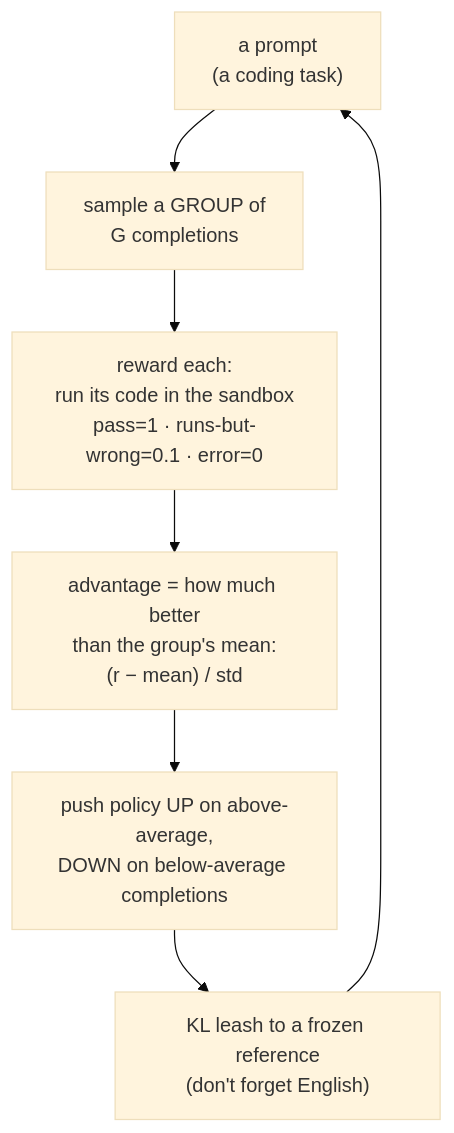
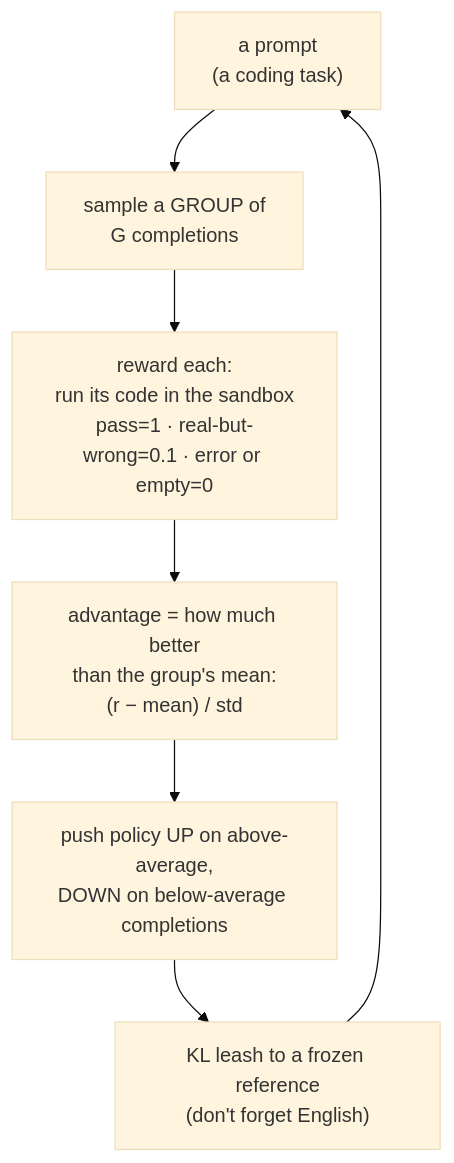
One commit to kunwarmahen/aksharallm changed the third of 6 diagrams in docs/06-posttraining.md. Above: the diagram before and after it, drawn with Mermaid (base theme). The commit also changed other lines of this file and 8 other files, not shown here.

First line of the commit message:
Train GRPO on real tasks and choose its best checkpoint on held-out ones

````diff
--- a/docs/06-posttraining.md
+++ b/docs/06-posttraining.md
@@ -331,9 +331,9 @@
 ```mermaid
 flowchart TD
     P["a prompt<br/>(a coding task)"] --> S["sample a GROUP of<br/>G completions"]
-    S --> R["reward each:<br/>run its code in the sandbox<br/>pass=1 · runs-but-wrong=0.1 · error=0"]
+    S --> R["reward each:<br/>run its code in the sandbox<br/>pass=1 · real-but-wrong=0.1 · error or empty=0"]
     R --> A["advantage = how much better<br/>than the group's mean:<br/>(r − mean) / std"]
     A --> U["push policy UP on above-average,<br/>DOWN on below-average completions"]
     U --> KL["KL leash to a frozen reference<br/>(don't forget English)"]
     KL --> P
 ```
````
